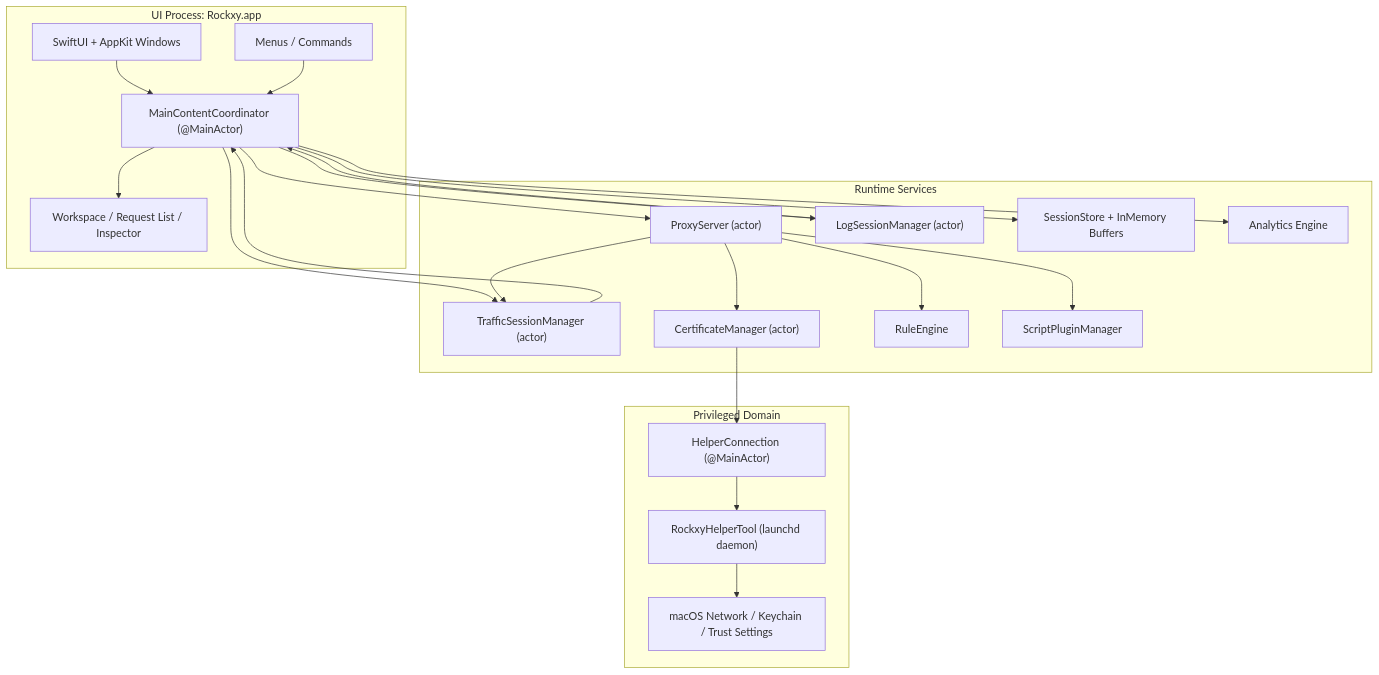
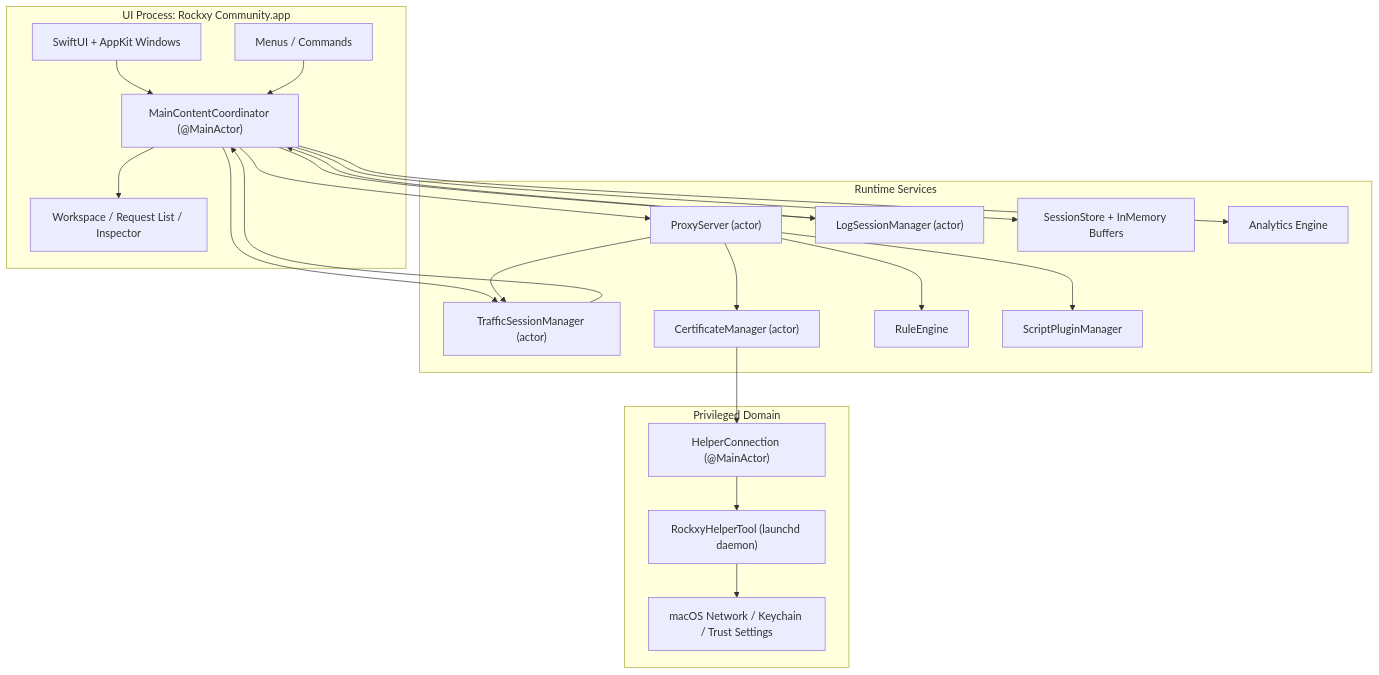
The first of 4 diagrams in README.md (hxhlb/Rockxy), drawn with Mermaid before and after one commit. The commit also changed other lines of this file and 7 other files, not shown here.

````diff
--- a/README.md
+++ b/README.md
@@ -165,44 +165,44 @@
 ```mermaid
 flowchart TB
-    subgraph UI["UI Process: Rockxy.app"]
+    subgraph UI["UI Process: Rockxy Community.app"]
         Menus["Menus / Commands"]
         Windows["SwiftUI + AppKit Windows"]
         Coordinator["MainContentCoordinator (@MainActor)"]
         Workspace["Workspace / Request List / Inspector"]
     end
 
     subgraph Runtime["Runtime Services"]
         Proxy["ProxyServer (actor)"]
         Traffic["TrafficSessionManager (actor)"]
         LogMgr["LogSessionManager (actor)"]
         Cert["CertificateManager (actor)"]
         Rules["RuleEngine"]
         Plugins["ScriptPluginManager"]
         Storage["SessionStore + InMemory Buffers"]
         Analytics["Analytics Engine"]
     end
 
     subgraph Privileged["Privileged Domain"]
         HelperClient["HelperConnection (@MainActor)"]
         Helper["RockxyHelperTool (launchd daemon)"]
         System["macOS Network / Keychain / Trust Settings"]
     end
 
     Windows --> Coordinator
     Menus --> Coordinator
     Coordinator --> Workspace
     Coordinator --> Proxy
     Coordinator --> Traffic
     Coordinator --> LogMgr
     Coordinator --> Storage
     Coordinator --> Analytics
     Proxy --> Rules
     Proxy --> Plugins
     Proxy --> Cert
     Proxy --> Traffic
     Traffic --> Coordinator
     LogMgr --> Coordinator
     Cert --> HelperClient
     HelperClient --> Helper
     Helper --> System
 ```
````
